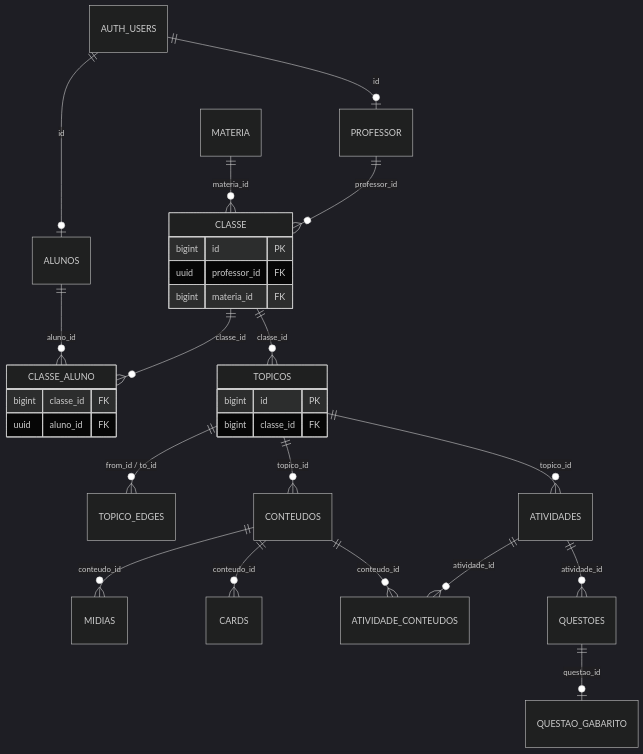
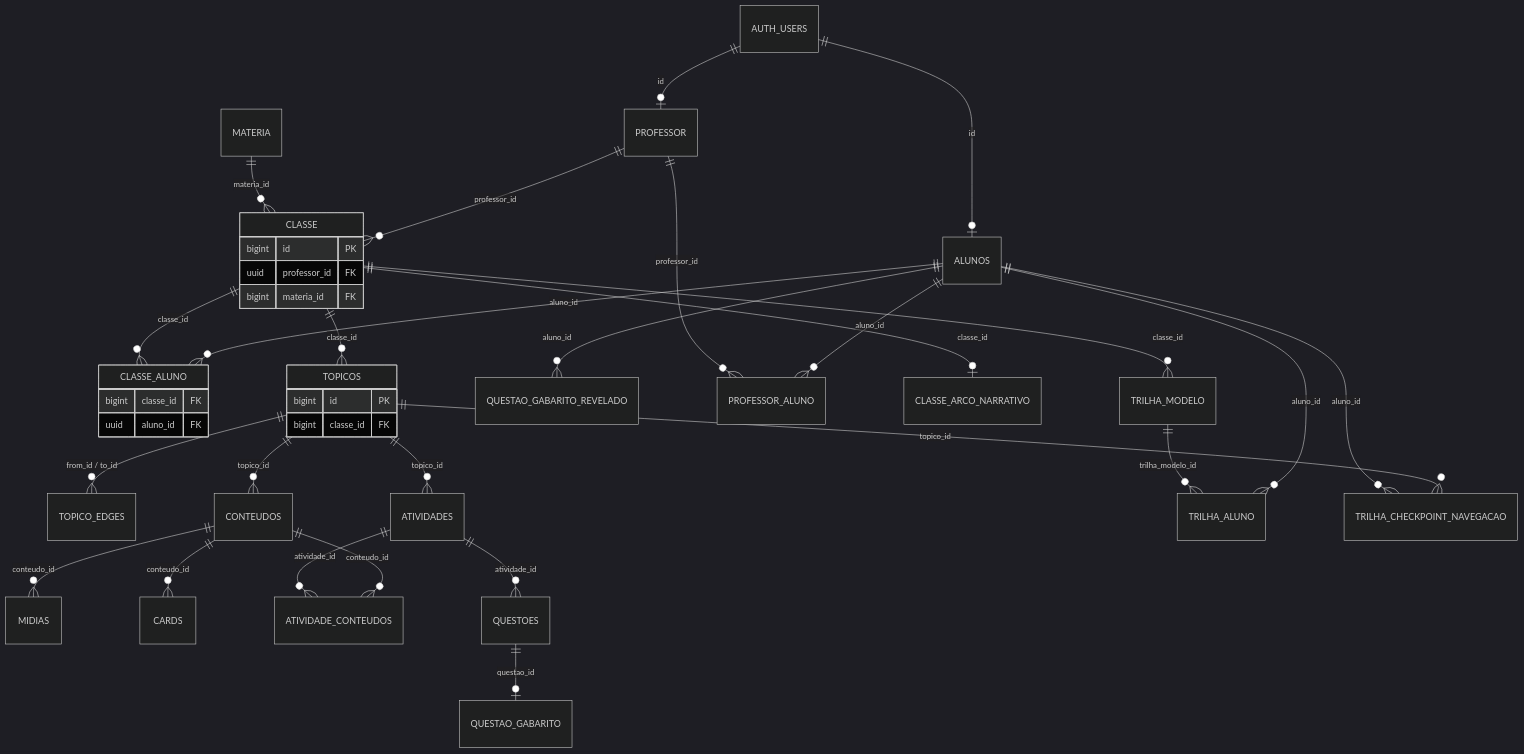
Before and after one commit to Geisbelly/TrailUp: the first of 14 diagrams in docs/tcc/modelagem/05-dados.md, drawn with Mermaid (dark theme). The commit also changed other lines of this file and 69 other files, not shown here.

````diff
--- a/docs/tcc/modelagem/05-dados.md
+++ b/docs/tcc/modelagem/05-dados.md
@@ -7,33 +9,42 @@
 ```mermaid
 erDiagram
   AUTH_USERS ||--o| ALUNOS : "id"
   AUTH_USERS ||--o| PROFESSOR : "id"
   MATERIA ||--o{ CLASSE : materia_id
   PROFESSOR ||--o{ CLASSE : professor_id
   CLASSE ||--o{ CLASSE_ALUNO : classe_id
   ALUNOS ||--o{ CLASSE_ALUNO : aluno_id
   CLASSE ||--o{ TOPICOS : classe_id
   TOPICOS ||--o{ TOPICO_EDGES : "from_id / to_id"
   TOPICOS ||--o{ CONTEUDOS : topico_id
   TOPICOS ||--o{ ATIVIDADES : topico_id
   CONTEUDOS ||--o{ MIDIAS : conteudo_id
   CONTEUDOS ||--o{ CARDS : conteudo_id
   ATIVIDADES ||--o{ ATIVIDADE_CONTEUDOS : atividade_id
   CONTEUDOS ||--o{ ATIVIDADE_CONTEUDOS : conteudo_id
   ATIVIDADES ||--o{ QUESTOES : atividade_id
   QUESTOES ||--o| QUESTAO_GABARITO : questao_id
+  ALUNOS ||--o{ QUESTAO_GABARITO_REVELADO : aluno_id
+  PROFESSOR ||--o{ PROFESSOR_ALUNO : professor_id
+  ALUNOS ||--o{ PROFESSOR_ALUNO : aluno_id
+  CLASSE ||--o| CLASSE_ARCO_NARRATIVO : classe_id
+  CLASSE ||--o{ TRILHA_MODELO : classe_id
+  TRILHA_MODELO ||--o{ TRILHA_ALUNO : trilha_modelo_id
+  ALUNOS ||--o{ TRILHA_ALUNO : aluno_id
+  ALUNOS ||--o{ TRILHA_CHECKPOINT_NAVEGACAO : aluno_id
+  TOPICOS ||--o{ TRILHA_CHECKPOINT_NAVEGACAO : topico_id
 
   CLASSE {
     bigint id PK
     uuid professor_id FK
     bigint materia_id FK
   }
   TOPICOS {
     bigint id PK
     bigint classe_id FK
   }
   CLASSE_ALUNO {
     bigint classe_id FK
     uuid aluno_id FK
   }
 ```
````
